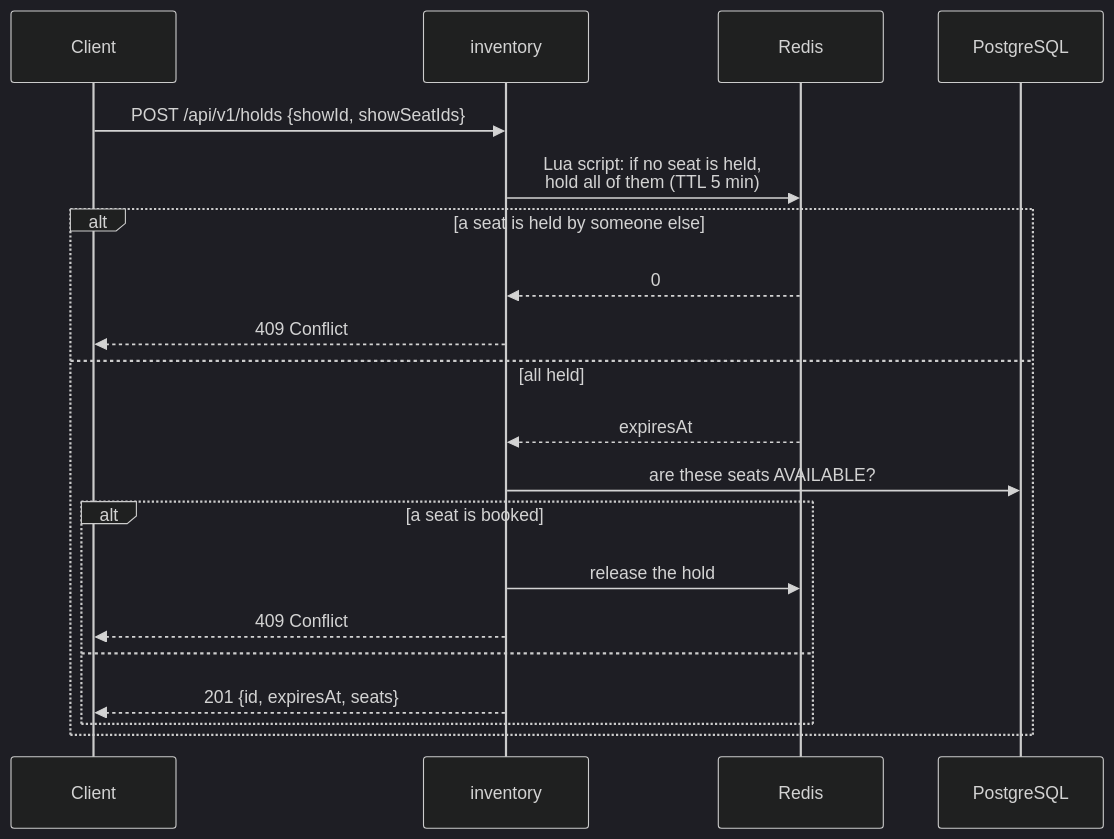
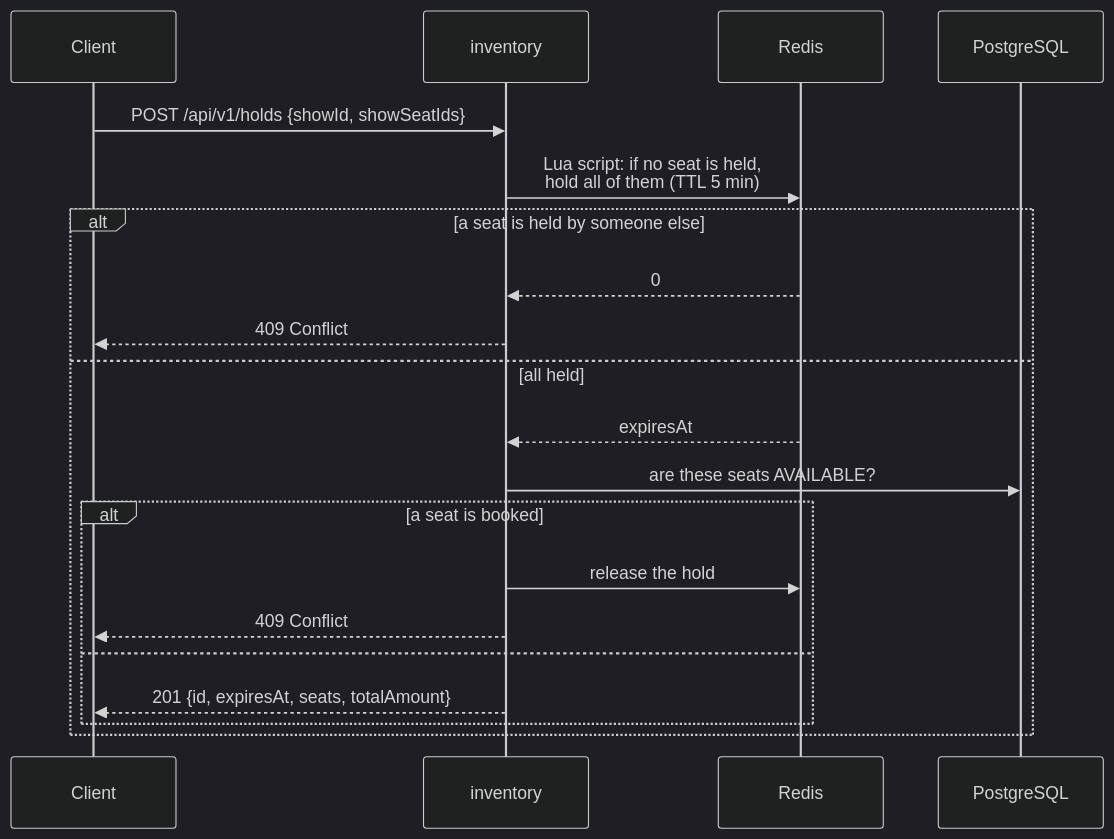
The second of 4 diagrams in README.md (GopiSVDev/seat-lock), drawn with Mermaid (dark theme) before and after one commit. The commit also changed other lines of this file and 3 other files, not shown here.

````diff
--- a/README.md
+++ b/README.md
@@ -313,22 +288,22 @@
 ```mermaid
 sequenceDiagram
     participant C as Client
     participant I as inventory
     participant R as Redis
     participant DB as PostgreSQL
     C->>I: POST /api/v1/holds {showId, showSeatIds}
     I->>R: Lua script: if no seat is held,<br/>hold all of them (TTL 5 min)
     alt a seat is held by someone else
         R-->>I: 0
         I-->>C: 409 Conflict
     else all held
         R-->>I: expiresAt
         I->>DB: are these seats AVAILABLE?
         alt a seat is booked
             I->>R: release the hold
             I-->>C: 409 Conflict
         else
-            I-->>C: 201 {id, expiresAt, seats}
+            I-->>C: 201 {id, expiresAt, seats, totalAmount}
         end
     end
 ```
````
